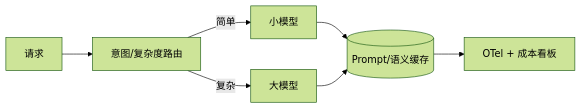
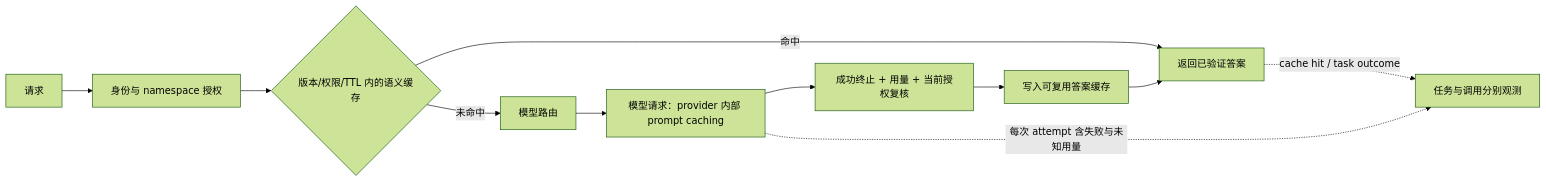
One commit to twodog-tt/Golang-development-manual changed the diagram in docs/topics/10-ai-engineering/S-AI-06-llm-observability-cost.md. Above: the diagram before and after it, drawn with Mermaid (forest theme). The commit also changed other lines of this file and 33 other files, not shown here.

````diff
--- a/docs/topics/10-ai-engineering/S-AI-06-llm-observability-cost.md
+++ b/docs/topics/10-ai-engineering/S-AI-06-llm-observability-cost.md
@@ -58,9 +59,13 @@
 ```mermaid
 flowchart LR
-  Req[请求] --> Router[意图/复杂度路由]
-  Router -->|简单| Small[小模型]
-  Router -->|复杂| Large[大模型]
-  Small --> Cache[(Prompt/语义缓存)]
-  Large --> Cache
-  Cache --> OTel[OTel + 成本看板]
+  Req[请求] --> Auth[身份与 namespace 授权]
+  Auth --> Lookup{版本/权限/TTL 内的语义缓存}
+  Lookup -->|命中| Answer[返回已验证答案]
+  Lookup -->|未命中| Router[模型路由]
+  Router --> Provider[模型请求：provider 内部 prompt caching]
+  Provider --> Validate[成功终止 + 用量 + 当前授权复核]
+  Validate --> Write[写入可复用答案缓存]
+  Write --> Answer
+  Provider -.每次 attempt 含失败与未知用量.-> OTel[任务与调用分别观测]
+  Answer -.cache hit / task outcome.-> OTel
 ```
````
